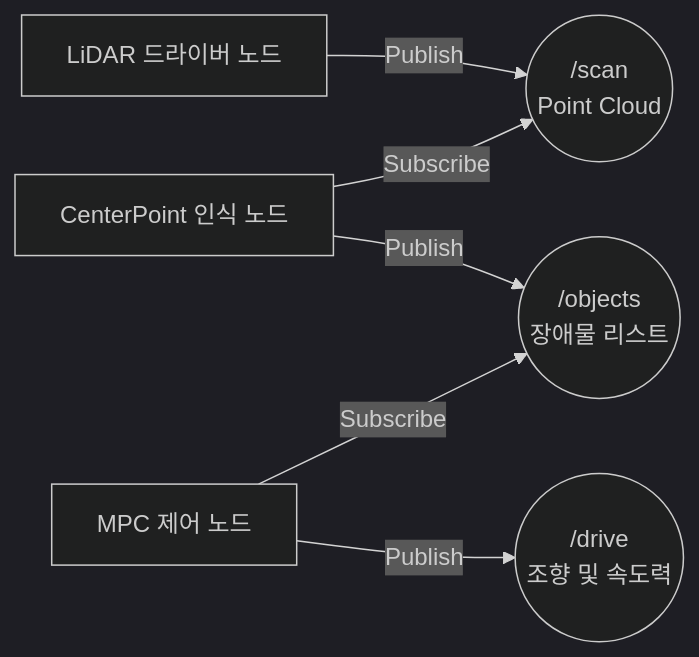
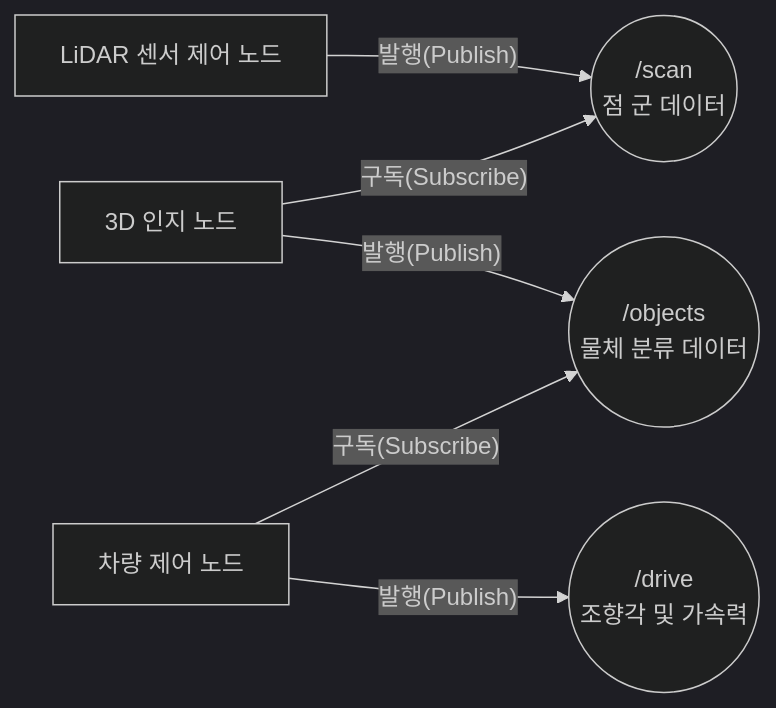
One commit to arti1117/sentinel-systems changed the diagram in docs/guides/자율주행-201-초중급-특강.md. Above: the diagram before and after it, drawn with Mermaid (dark theme). The commit also changed other lines of this file and 6 other files, not shown here.

Commit message:
docs: Add master index, mermaid diagrams, and strictly enforce language standards

````diff
--- a/docs/guides/자율주행-201-초중급-특강.md
+++ b/docs/guides/자율주행-201-초중급-특강.md
@@ -14,8 +16,8 @@
 ```mermaid
 graph LR
-    L[LiDAR 드라이버 노드] -- "Publish" --> T1((/scan<br/>Point Cloud))
-    P[CenterPoint 인식 노드] -- "Subscribe" --> T1
-    P -- "Publish" --> T2((/objects<br/>장애물 리스트))
-    M[MPC 제어 노드] -- "Subscribe" --> T2
-    M -- "Publish" --> T3((/drive<br/>조향 및 속도력))
+    L[LiDAR 센서 제어 노드] -- "발행(Publish)" --> T1((/scan<br/>점 군 데이터))
+    P[3D 인지 노드] -- "구독(Subscribe)" --> T1
+    P -- "발행(Publish)" --> T2((/objects<br/>물체 분류 데이터))
+    M[차량 제어 노드] -- "구독(Subscribe)" --> T2
+    M -- "발행(Publish)" --> T3((/drive<br/>조향각 및 가속력))
 ```
````
